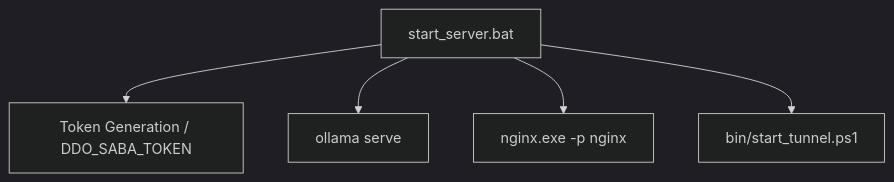
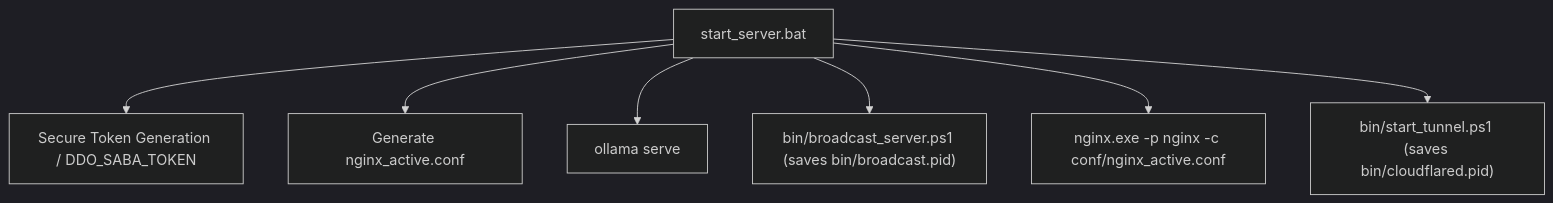
Before and after one commit to DovahkiinYuzuko/ddo-saba: the diagram in docs/variables'n'functions/[Batch]start_server.md, drawn with Mermaid (dark theme). The commit also changed other lines of this file and 11 other files, not shown here.

````diff
--- a/docs/variables'n'functions/[Batch]start_server.md
+++ b/docs/variables'n'functions/[Batch]start_server.md
@@ -28,7 +36,9 @@
 ```mermaid
 graph TD
-    start_server.bat --> TokenGen["Token Generation / DDO_SABA_TOKEN"]
+    start_server.bat --> TokenGen["Secure Token Generation / DDO_SABA_TOKEN"]
+    start_server.bat --> GenActiveConf["Generate nginx_active.conf"]
     start_server.bat --> StartOllama["ollama serve"]
-    start_server.bat --> StartNginx["nginx.exe -p nginx"]
-    start_server.bat --> StartTunnel["bin/start_tunnel.ps1"]
+    start_server.bat --> StartPowerShellBroadcast["bin/broadcast_server.ps1 (saves bin/broadcast.pid)"]
+    start_server.bat --> StartNginx["nginx.exe -p nginx -c conf/nginx_active.conf"]
+    start_server.bat --> StartTunnel["bin/start_tunnel.ps1 (saves bin/cloudflared.pid)"]
 ```
````
